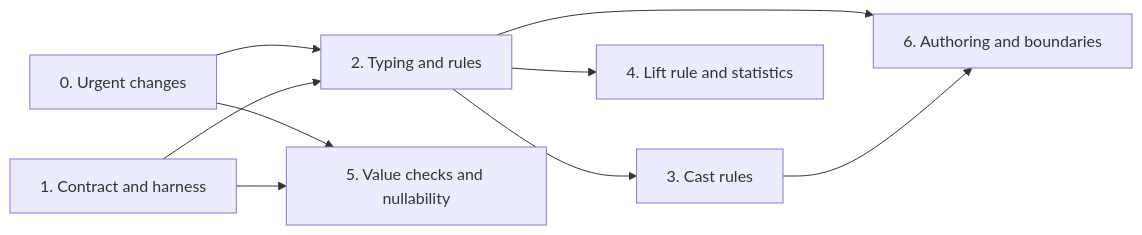
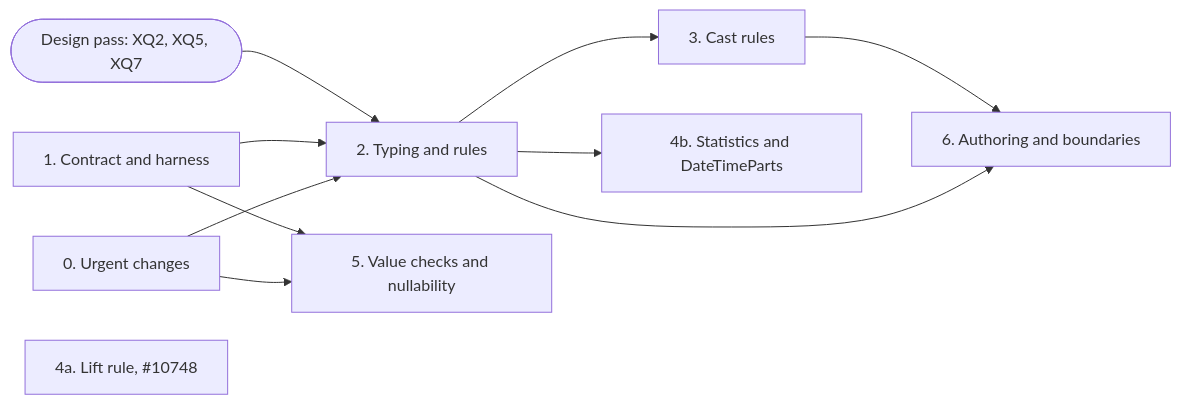
The diagram in research/extension-types/05-implementation.md (vortex-data/vortex), drawn with Mermaid before and after one commit. The commit also changed other lines of this file and 5 other files, not shown here.

````diff
--- a/research/extension-types/05-implementation.md
+++ b/research/extension-types/05-implementation.md
@@ -22,11 +23,13 @@
 ```mermaid
 flowchart LR
     P0["0. Urgent changes"] --> P2["2. Typing and rules"]
     P1["1. Contract and harness"] --> P2
+    D2(["Design pass: XQ2, XQ5, XQ7"]) --> P2
     P2 --> P3["3. Cast rules"]
-    P2 --> P4["4. Lift rule and statistics"]
+    P2 --> P4b["4b. Statistics and DateTimeParts"]
+    P4a["4a. Lift rule, #10748"]
     P0 --> P5["5. Value checks and nullability"]
     P1 --> P5
     P2 --> P6["6. Authoring and boundaries"]
     P3 --> P6
 ```
````
